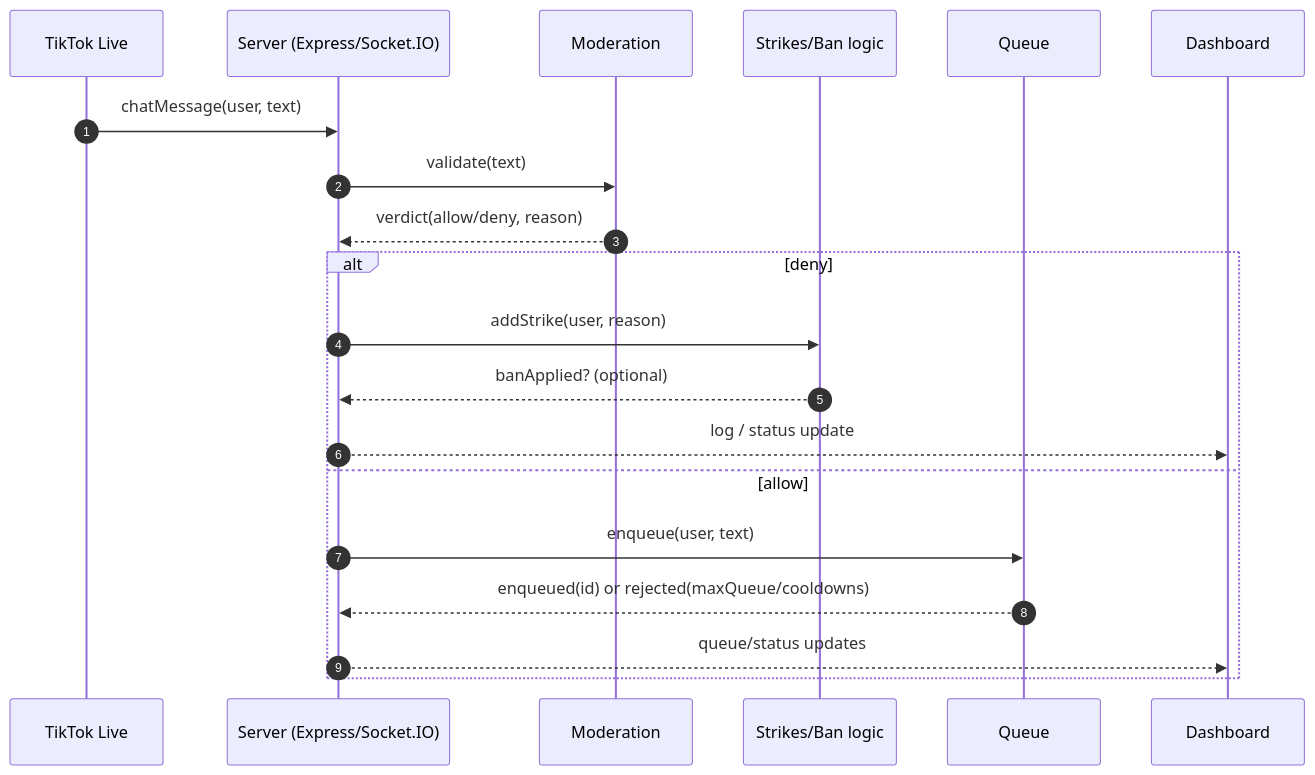
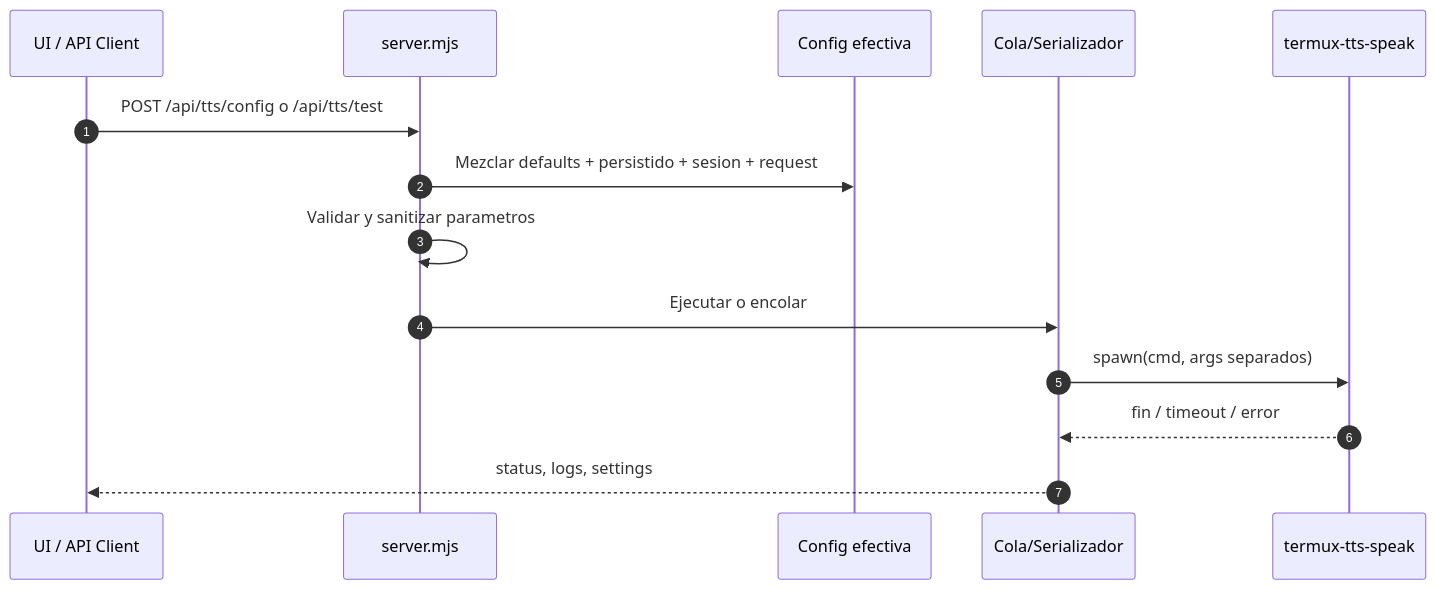
One commit to yorologo/TikTok_TTS_Control changed the second of 3 diagrams in README.md. Above: the diagram before and after it, drawn with Mermaid. The commit also changed other lines of this file and 7 other files, not shown here.

Commit message:
feat(tts): refactor Termux/Android audio config, add validation APIs and refresh README

````diff
--- a/README.md
+++ b/README.md
@@ -193,24 +40,17 @@
 ```mermaid
 sequenceDiagram
   autonumber
-  participant TK as TikTok Live
-  participant SV as Server (Express/Socket.IO)
-  participant MOD as Moderation
-  participant BAN as Strikes/Ban logic
-  participant Q as Queue
-  participant UI as Dashboard
+  participant UI as UI / API Client
+  participant API as server.mjs
+  participant CFG as Config efectiva
+  participant Q as Cola/Serializador
+  participant TTS as termux-tts-speak
 
-  TK->>SV: chatMessage(user, text)
-  SV->>MOD: validate(text)
-  MOD-->>SV: verdict(allow/deny, reason)
-
-  alt deny
-    SV->>BAN: addStrike(user, reason)
-    BAN-->>SV: banApplied? (optional)
-    SV-->>UI: log / status update
-  else allow
-    SV->>Q: enqueue(user, text)
-    Q-->>SV: enqueued(id) or rejected(maxQueue/cooldowns)
-    SV-->>UI: queue/status updates
-  end
+  UI->>API: POST /api/tts/config o /api/tts/test
+  API->>CFG: Mezclar defaults + persistido + sesion + request
+  API->>API: Validar y sanitizar parametros
+  API->>Q: Ejecutar o encolar
+  Q->>TTS: spawn(cmd, args separados)
+  TTS-->>Q: fin / timeout / error
+  Q-->>UI: status, logs, settings
 ```
````
